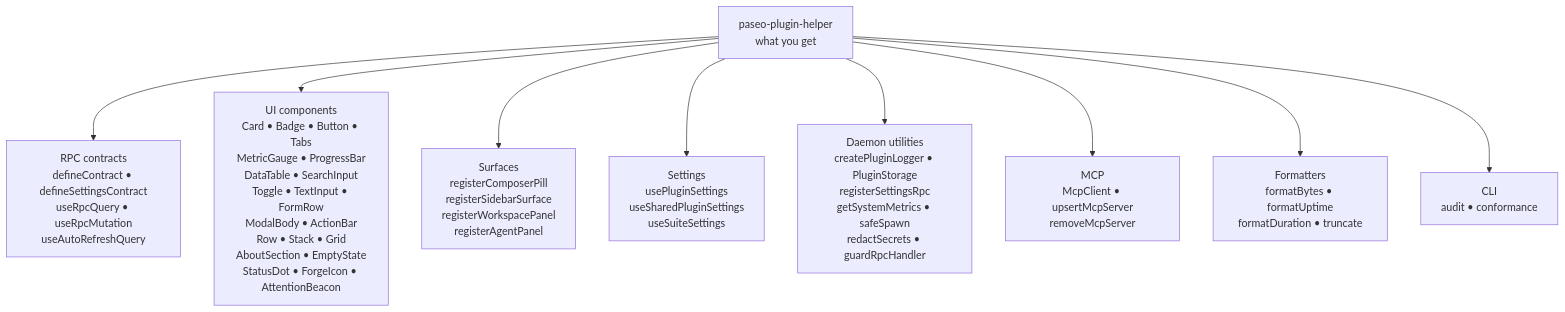
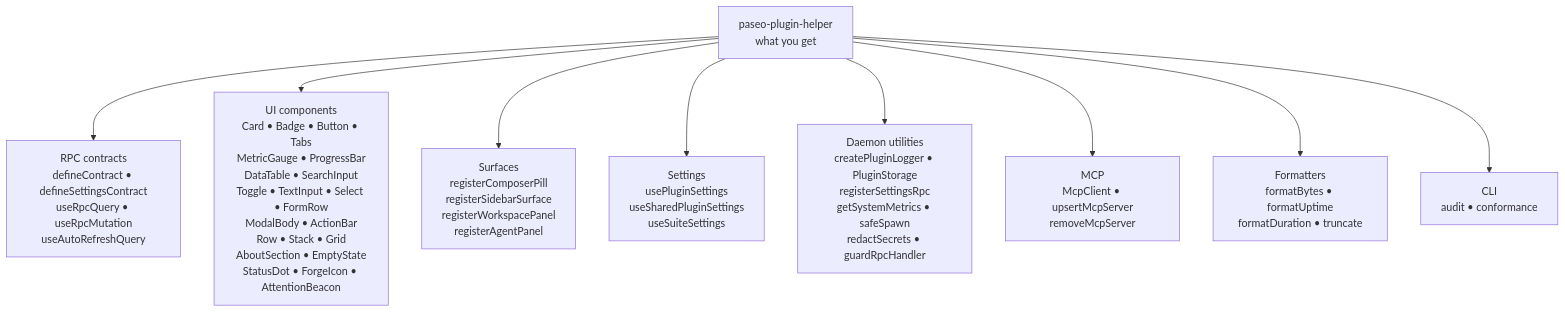
The diagram in packages/paseo-plugin-helper/README.md (xpufx/paseo), drawn with Mermaid before and after one commit. The commit also changed 21 other files, not shown here.

````diff
--- a/packages/paseo-plugin-helper/README.md
+++ b/packages/paseo-plugin-helper/README.md
@@ -59,13 +59,13 @@
 ```mermaid
 flowchart TB
     H["paseo-plugin-helper\nwhat you get"]
 
     H --> RPC["RPC contracts\ndefineContract • defineSettingsContract\nuseRpcQuery • useRpcMutation\nuseAutoRefreshQuery"]
-    H --> UI["UI components\nCard • Badge • Button • Tabs\nMetricGauge • ProgressBar\nDataTable • SearchInput\nToggle • TextInput • FormRow\nModalBody • ActionBar\nRow • Stack • Grid\nAboutSection • EmptyState\nStatusDot • ForgeIcon • AttentionBeacon"]
+    H --> UI["UI components\nCard • Badge • Button • Tabs\nMetricGauge • ProgressBar\nDataTable • SearchInput\nToggle • TextInput • Select • FormRow\nModalBody • ActionBar\nRow • Stack • Grid\nAboutSection • EmptyState\nStatusDot • ForgeIcon • AttentionBeacon"]
     H --> PILL["Surfaces\nregisterComposerPill\nregisterSidebarSurface\nregisterWorkspacePanel\nregisterAgentPanel"]
     H --> SET["Settings\nusePluginSettings\nuseSharedPluginSettings\nuseSuiteSettings"]
     H --> SRV["Daemon utilities\ncreatePluginLogger • PluginStorage\nregisterSettingsRpc\ngetSystemMetrics • safeSpawn\nredactSecrets • guardRpcHandler"]
     H --> MCP["MCP\nMcpClient • upsertMcpServer\nremoveMcpServer"]
     H --> FMT["Formatters\nformatBytes • formatUptime\nformatDuration • truncate"]
     H --> CLI["CLI\naudit • conformance"]
 ```
````
